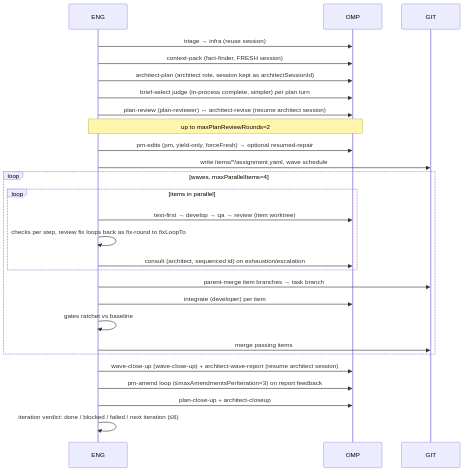
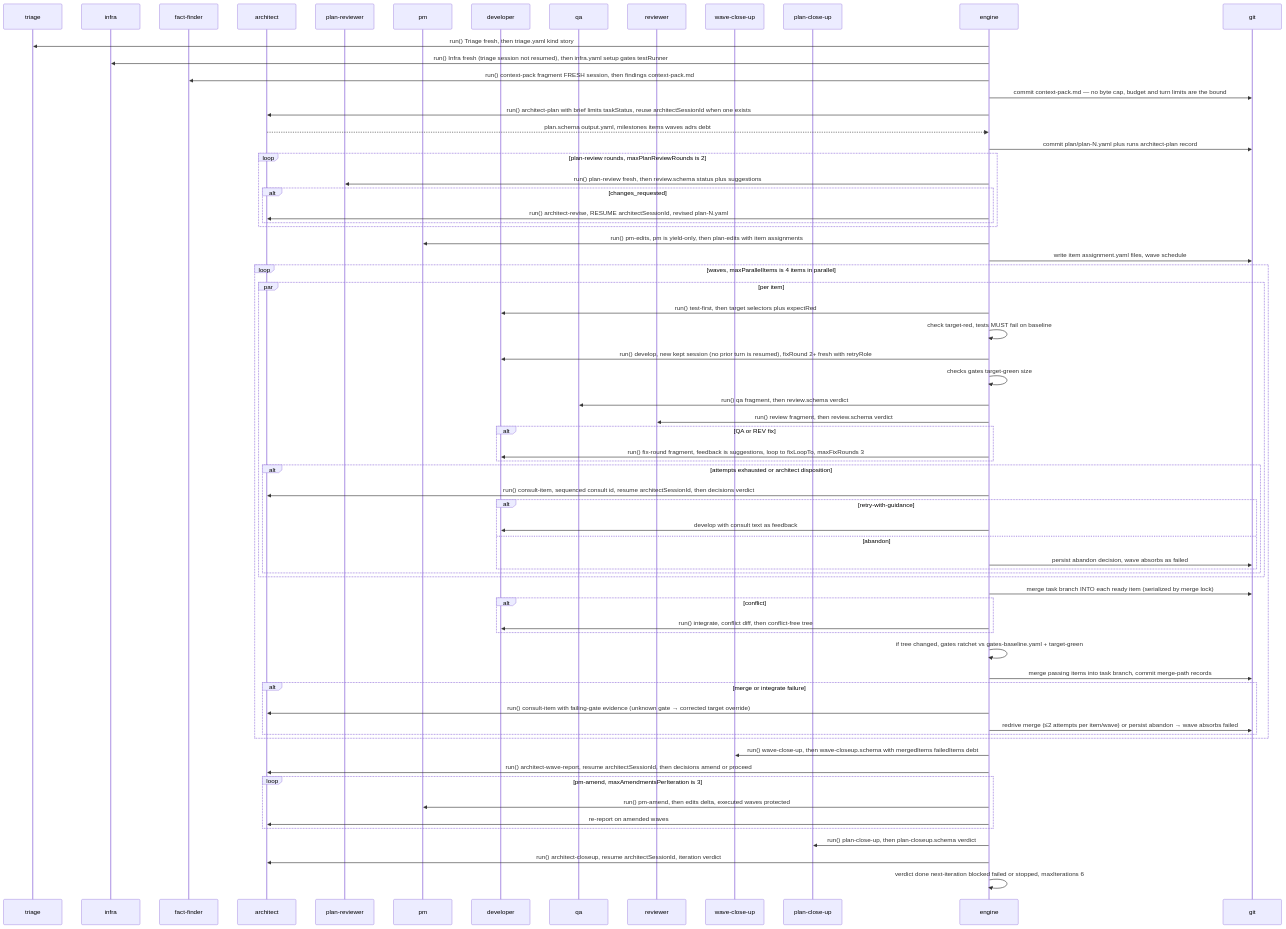
The second of 5 diagrams in plugins/software-factory/docs/IMPLEMENTATION.md (szavadsky/agentic-swarm), drawn with Mermaid before and after one commit. The commit also changed other lines of this file, not shown here.

Commit message:
software-factory: as-built IMPLEMENTATION.md (diagrams + LLM audit)

````diff
--- a/plugins/software-factory/docs/IMPLEMENTATION.md
+++ b/plugins/software-factory/docs/IMPLEMENTATION.md
@@ -74,29 +82,71 @@
 ```mermaid
 sequenceDiagram
-    participant ENG
-    participant OMP
-    participant GIT
-    ENG->>OMP: triage → infra (reuse session)
-    ENG->>OMP: context-pack (fact-finder, FRESH session)
-    ENG->>OMP: architect-plan (architect role, session kept as architectSessionId)
-    ENG->>OMP: brief-select judge (in-process complete, simpler) per plan turn
-    ENG->>OMP: plan-review (plan-reviewer) ↔ architect-revise (resume architect session)
-    Note over ENG,OMP: up to maxPlanReviewRounds=2
-    ENG->>OMP: pm-edits (pm, yield-only, forceFresh) → optional resumed-repair
-    ENG->>GIT: write items/*/assignment.yaml, wave schedule
-    loop waves, maxParallelItems=4
-        loop items in parallel
-            ENG->>OMP: test-first → develop → qa → review (item worktree)
-            ENG->>ENG: checks per step, review fix loops back as fix-round to fixLoopTo
-            ENG->>OMP: consult (architect, sequenced id) on exhaustion/escalation
+    participant TRI as triage
+    participant INF as infra
+    participant FF as fact-finder
+    participant ARC as architect
+    participant PRV as plan-reviewer
+    participant PM as pm
+    participant DEV as developer
+    participant QA as qa
+    participant REV as reviewer
+    participant WCU as wave-close-up
+    participant PCU as plan-close-up
+    participant ENG as engine
+    participant GIT as git
+    ENG->>TRI: run() Triage fresh, then triage.yaml kind story
+    ENG->>INF: run() Infra fresh (triage session not resumed), then infra.yaml setup gates testRunner
+    ENG->>FF: run() context-pack fragment FRESH session, then findings context-pack.md
+    ENG->>GIT: commit context-pack.md — no byte cap, budget and turn limits are the bound
+    ENG->>ARC: run() architect-plan with brief limits taskStatus, reuse architectSessionId when one exists
+    ARC-->>ENG: plan.schema output.yaml, milestones items waves adrs debt
+    ENG->>GIT: commit plan/plan-N.yaml plus runs architect-plan record
+    loop plan-review rounds, maxPlanReviewRounds is 2
+        ENG->>PRV: run() plan-review fresh, then review.schema status plus suggestions
+        alt changes_requested
+            ENG->>ARC: run() architect-revise, RESUME architectSessionId, revised plan-N.yaml
         end
-        ENG->>GIT: parent-merge item branches → task branch
-        ENG->>OMP: integrate (developer) per item
-        ENG->>ENG: gates ratchet vs baseline
-        ENG->>GIT: merge passing items
     end
-    ENG->>OMP: wave-close-up (wave-close-up) + architect-wave-report (resume architect session)
-    ENG->>OMP: pm-amend loop (≤maxAmendmentsPerIteration=3) on report feedback
-    ENG->>OMP: plan-close-up + architect-closeup
-    ENG->>ENG: iteration verdict: done / blocked / failed / next iteration (≤6)
+    ENG->>PM: run() pm-edits, pm is yield-only, then plan-edits with item assignments
+    ENG->>GIT: write item assignment.yaml files, wave schedule
+    loop waves, maxParallelItems is 4 items in parallel
+        par per item
+            ENG->>DEV: run() test-first, then target selectors plus expectRed
+            ENG->>ENG: check target-red, tests MUST fail on baseline
+            ENG->>DEV: run() develop, new kept session (no prior turn is resumed), fixRound 2+ fresh with retryRole
+            ENG->>ENG: checks gates target-green size
+            ENG->>QA: run() qa fragment, then review.schema verdict
+            ENG->>REV: run() review fragment, then review.schema verdict
+            alt QA or REV fix
+                ENG->>DEV: run() fix-round fragment, feedback is suggestions, loop to fixLoopTo, maxFixRounds 3
+            end
+            alt attempts exhausted or architect disposition
+                ENG->>ARC: run() consult-item, sequenced consult id, resume architectSessionId, then decisions verdict
+                alt retry-with-guidance
+                    ENG->>DEV: develop with consult text as feedback
+                else abandon
+                    ENG->>GIT: persist abandon decision, wave absorbs as failed
+                end
+            end
+        end
+        ENG->>GIT: merge task branch INTO each ready item (serialized by merge lock)
+        alt conflict
+            ENG->>DEV: run() integrate, conflict diff, then conflict-free tree
+        end
+        ENG->>ENG: if tree changed, gates ratchet vs gates-baseline.yaml + target-green
+        ENG->>GIT: merge passing items into task branch, commit merge-path records
+        alt merge or integrate failure
+            ENG->>ARC: run() consult-item with failing-gate evidence (unknown gate → corrected target override)
+            ENG->>GIT: redrive merge (≤2 attempts per item/wave) or persist abandon → wave absorbs failed
+        end
+    end
+    ENG->>WCU: run() wave-close-up, then wave-closeup.schema with mergedItems failedItems debt
+    ENG->>ARC: run() architect-wave-report, resume architectSessionId, then decisions amend or proceed
+    loop pm-amend, maxAmendmentsPerIteration is 3
+        ENG->>PM: run() pm-amend, then edits delta, executed waves protected
+        ENG->>ARC: re-report on amended waves
+    end
+    ENG->>PCU: run() plan-close-up, then plan-closeup.schema verdict
+    ENG->>ARC: run() architect-closeup, resume architectSessionId, iteration verdict
+    ENG->>ENG: verdict done next-iteration blocked failed or stopped, maxIterations 6
 ```
````
